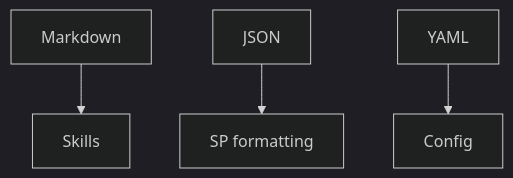
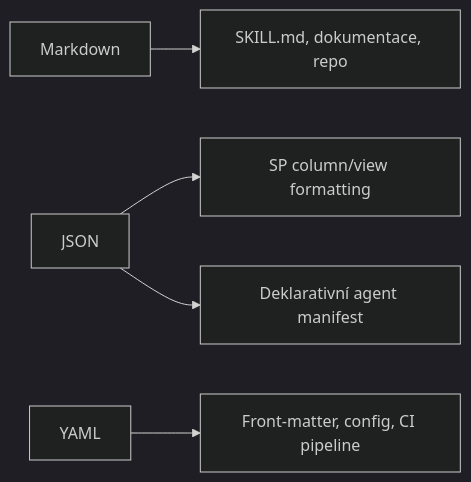
Before and after one commit to MalasekPetr/gopas-goc224: the diagram in day-1/formats/README.md, drawn with Mermaid (dark theme). The commit also changed other lines of this file and 31 other files, not shown here.

````diff
--- a/day-1/formats/README.md
+++ b/day-1/formats/README.md
@@ -15,7 +13,7 @@
 ```mermaid
-%% TODO: diagram — kde v kurzu který formát potkáš (MD=Skills/repo, JSON=SP formatting, YAML=config)
-flowchart TD
-  MD[Markdown] --> Skills
-  JSON --> SPFormatting[SP formatting]
-  YAML --> Config
+flowchart LR
+  MD[Markdown] --> Skills[SKILL.md, dokumentace, repo]
+  JSON --> SPFmt[SP column/view formatting]
+  JSON --> Manifest[Deklarativní agent manifest]
+  YAML --> FM[Front-matter, config, CI pipeline]
 ```
````
